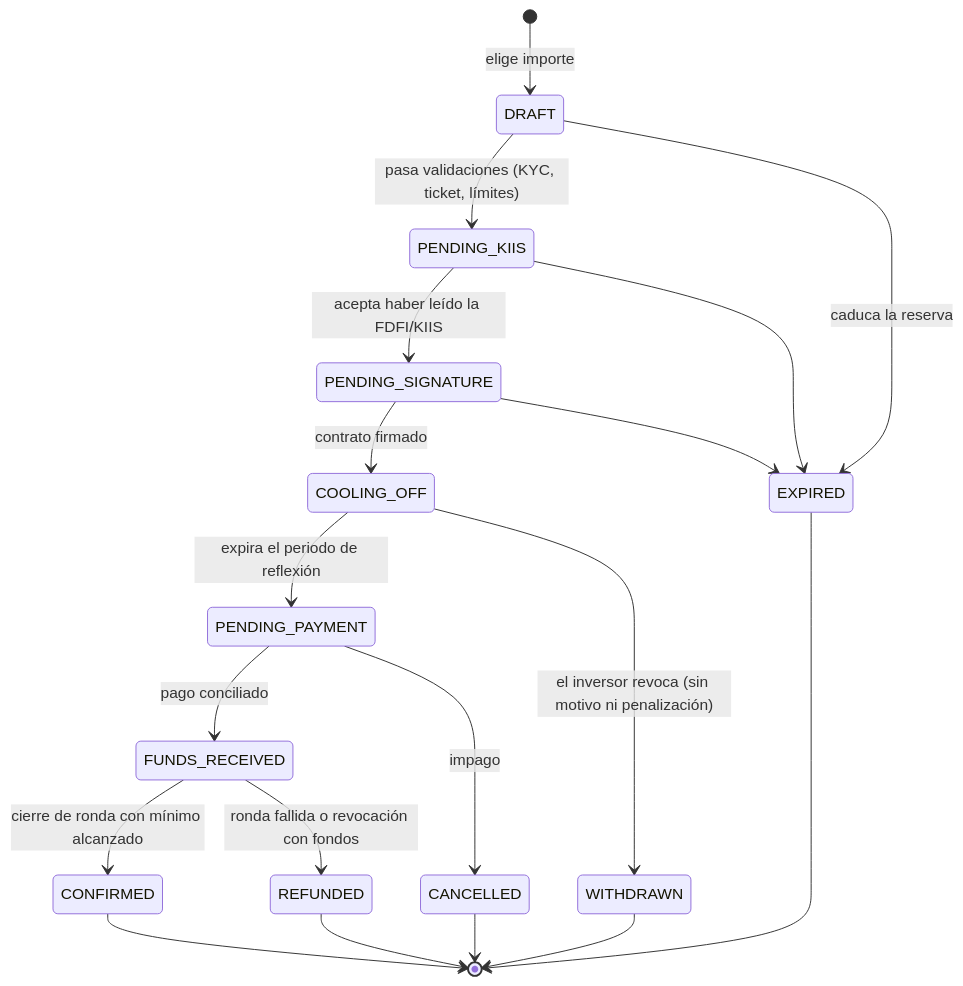
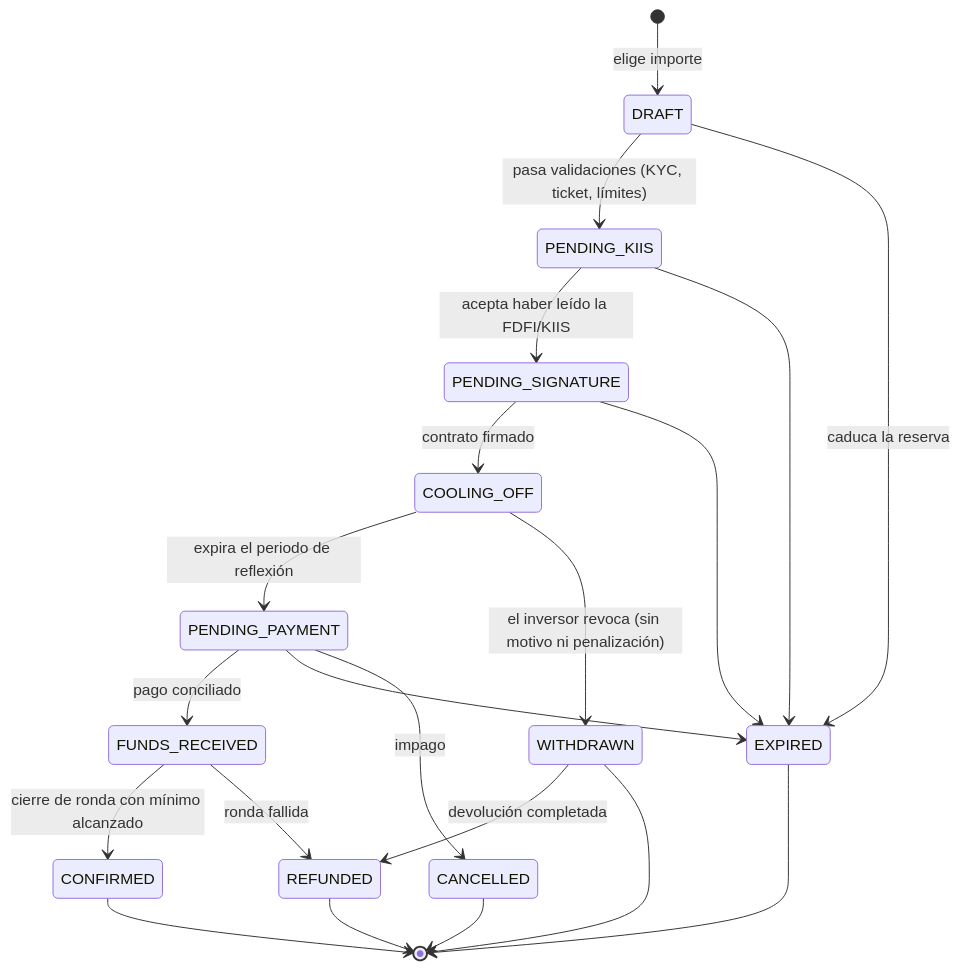
The fifth of 6 diagrams in docs/plataforma/01-modelo-de-datos-y-arquitectura.md (fjuarez-create/Your-virtual), drawn with Mermaid before and after one commit. The commit also changed other lines of this file, not shown here.

First line of the commit message:
docs(plataforma): alinear el diagrama de estados con lo implementado

````diff
--- a/docs/plataforma/01-modelo-de-datos-y-arquitectura.md
+++ b/docs/plataforma/01-modelo-de-datos-y-arquitectura.md
@@ -397,21 +397,23 @@
 ```mermaid
 stateDiagram-v2
     [*] --> DRAFT: elige importe
     DRAFT --> PENDING_KIIS: pasa validaciones (KYC, ticket, límites)
     PENDING_KIIS --> PENDING_SIGNATURE: acepta haber leído la FDFI/KIIS
     PENDING_SIGNATURE --> COOLING_OFF: contrato firmado
     COOLING_OFF --> PENDING_PAYMENT: expira el periodo de reflexión
     COOLING_OFF --> WITHDRAWN: el inversor revoca (sin motivo ni penalización)
     PENDING_PAYMENT --> FUNDS_RECEIVED: pago conciliado
     FUNDS_RECEIVED --> CONFIRMED: cierre de ronda con mínimo alcanzado
-    FUNDS_RECEIVED --> REFUNDED: ronda fallida o revocación con fondos
+    FUNDS_RECEIVED --> REFUNDED: ronda fallida
     DRAFT --> EXPIRED: caduca la reserva
     PENDING_KIIS --> EXPIRED
     PENDING_SIGNATURE --> EXPIRED
+    PENDING_PAYMENT --> EXPIRED
     PENDING_PAYMENT --> CANCELLED: impago
+    WITHDRAWN --> REFUNDED: devolución completada
     WITHDRAWN --> [*]
     CONFIRMED --> [*]
     REFUNDED --> [*]
     CANCELLED --> [*]
     EXPIRED --> [*]
 ```
````
